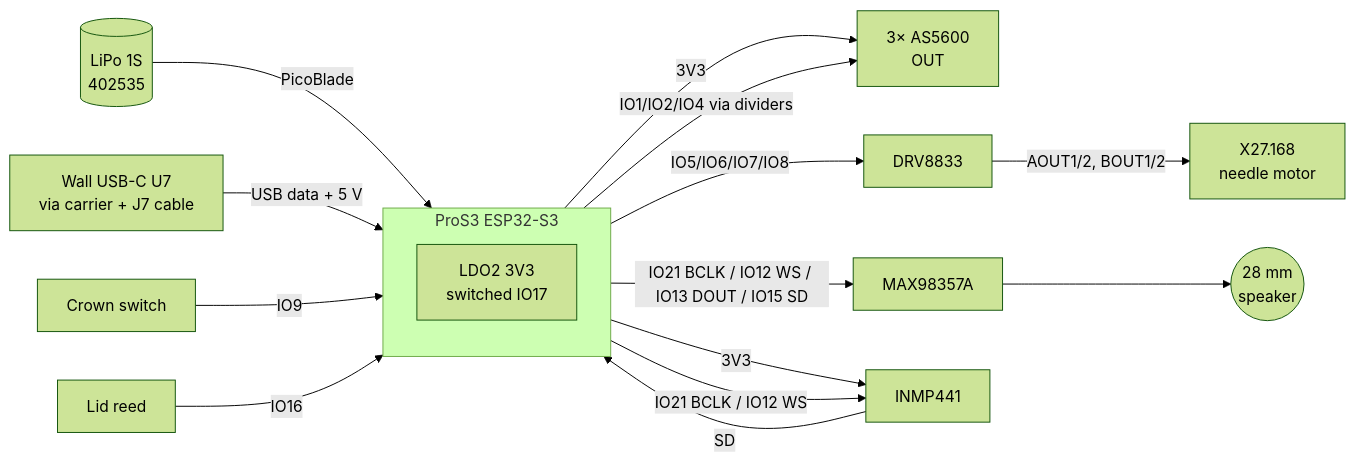
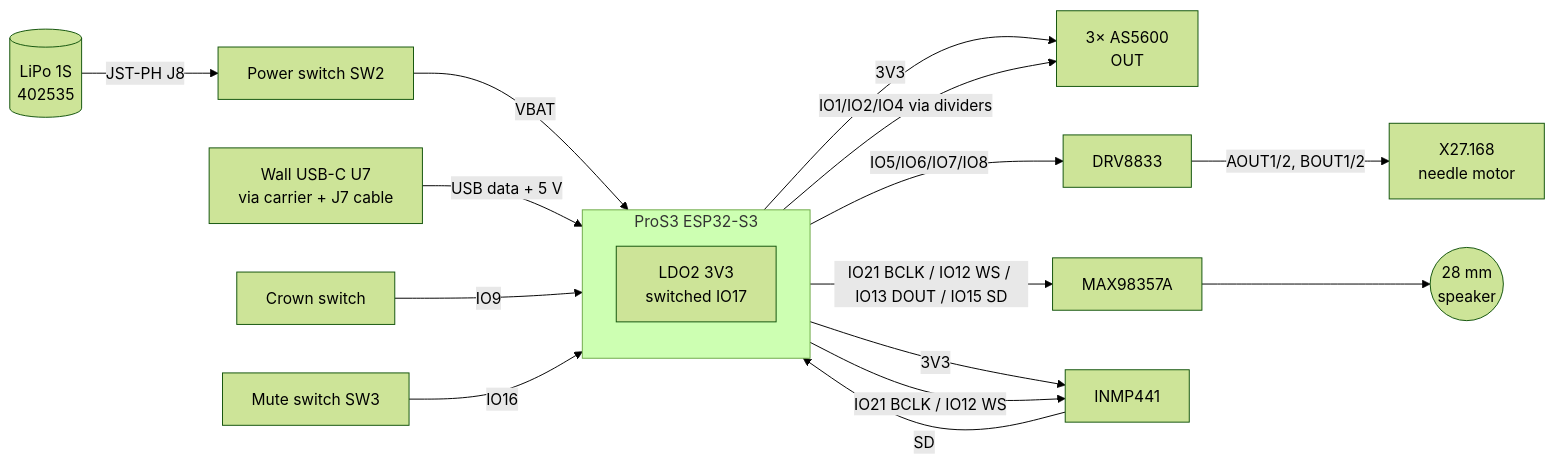
One commit to Kixantrix/alethiometer changed the diagram in hardware/WIRING.md. Above: the diagram before and after it, drawn with Mermaid (forest theme). The commit also changed other lines of this file and 84 other files, not shown here.

First line of the commit message:
Power and mute switches, battery socket, crown wake; lid reed removed

````diff
--- a/hardware/WIRING.md
+++ b/hardware/WIRING.md
@@ -13,20 +13,20 @@
 ```mermaid
 flowchart LR
-  BAT[(LiPo 1S<br/>402535)] -- PicoBlade --> MCU
+  BAT[(LiPo 1S<br/>402535)] -- JST-PH J8 --> PWR[Power switch SW2] -- VBAT --> MCU
   USBC[Wall USB-C U7<br/>via carrier + J7 cable] -- USB data + 5 V --> MCU
   subgraph MCU[ProS3 ESP32-S3]
     direction TB
     LDO2[LDO2 3V3<br/>switched IO17]
   end
   MCU -- IO1/IO2/IO4 via dividers --> HALL[3× AS5600<br/>OUT]
   LDO2 -- 3V3 --> HALL
   MCU -- IO5/IO6/IO7/IO8 --> DRV[DRV8833]
   DRV -- AOUT1/2, BOUT1/2 --> X27[X27.168<br/>needle motor]
   MCU -- IO21 BCLK / IO12 WS / IO13 DOUT / IO15 SD --> AMP[MAX98357A]
   AMP --> SPK((28 mm<br/>speaker))
   MIC[INMP441] -- SD --> MCU
   MCU -- IO21 BCLK / IO12 WS --> MIC
   LDO2 -- 3V3 --> MIC
   CROWN[Crown switch] -- IO9 --> MCU
-  REED[Lid reed] -- IO16 --> MCU
+  MUTE[Mute switch SW3] -- IO16 --> MCU
 ```
````
